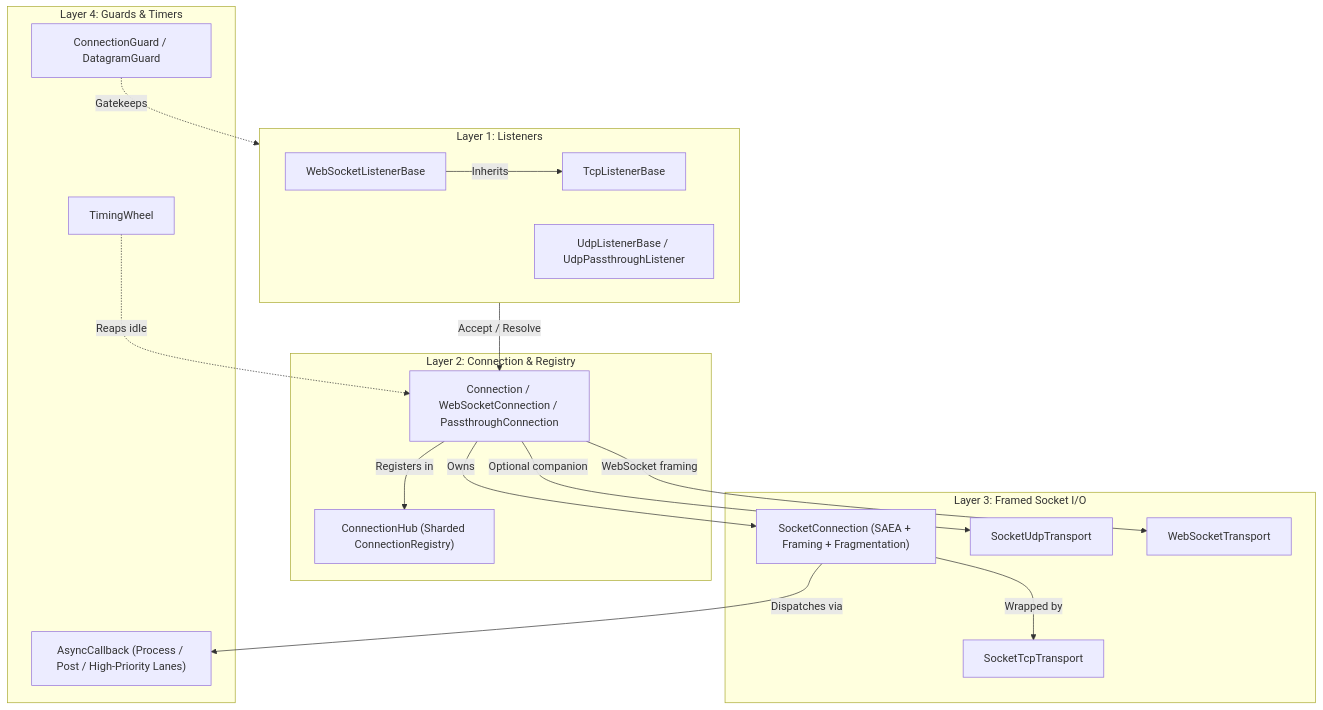
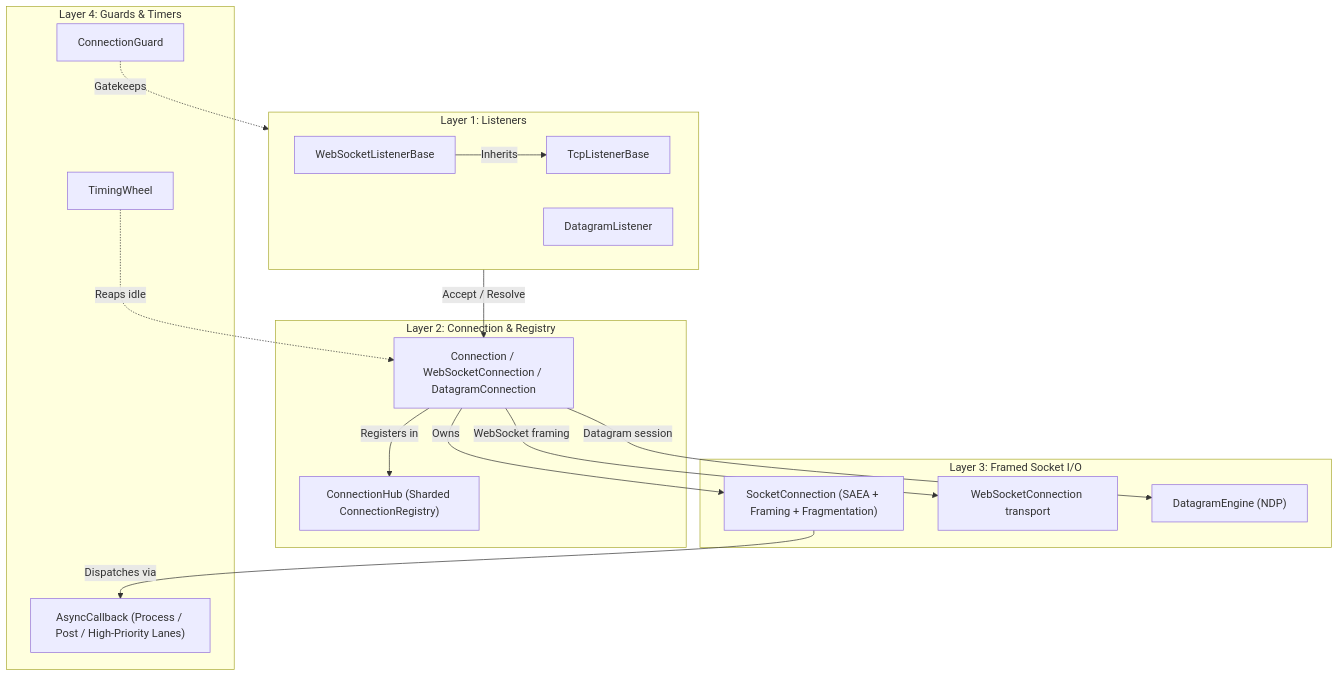
Before and after one commit to ppn-systems/nalix-docs: the diagram in src/content/docs/en-us/api/network/index.md, drawn with Mermaid. The commit also changed other lines of this file and 257 other files, not shown here.

````diff
--- a/src/content/docs/en-us/api/network/index.md
+++ b/src/content/docs/en-us/api/network/index.md
@@ -15,37 +15,35 @@
 ```mermaid
 flowchart TD
     subgraph Listeners["Layer 1: Listeners"]
         TCP["TcpListenerBase"]
-        UDP["UdpListenerBase / UdpPassthroughListener"]
+        DG["DatagramListener"]
         WS["WebSocketListenerBase"]
     end
 
     subgraph Core["Layer 2: Connection & Registry"]
-        Conn["Connection / WebSocketConnection / PassthroughConnection"]
+        Conn["Connection / WebSocketConnection / DatagramConnection"]
         Hub["ConnectionHub (Sharded ConnectionRegistry)"]
     end
 
     subgraph Transport["Layer 3: Framed Socket I/O"]
         SC["SocketConnection (SAEA + Framing + Fragmentation)"]
-        STCP["SocketTcpTransport"]
-        SUDP["SocketUdpTransport"]
-        WST["WebSocketTransport"]
+        WST["WebSocketConnection transport"]
+        DGE["DatagramEngine (NDP)"]
     end
 
     subgraph Support["Layer 4: Guards & Timers"]
         TW["TimingWheel"]
-        Lim["ConnectionGuard / DatagramGuard"]
+        Lim["ConnectionGuard"]
         AC["AsyncCallback (Process / Post / High-Priority Lanes)"]
     end
 
     WS -->|Inherits| TCP
     Listeners -->|Accept / Resolve| Conn
     Conn -->|Registers in| Hub
     Conn -->|Owns| SC
-    SC -->|Wrapped by| STCP
-    Conn -->|Optional companion| SUDP
     Conn -->|WebSocket framing| WST
+    Conn -->|Datagram session| DGE
     SC -->|Dispatches via| AC
     TW -.->|Reaps idle| Conn
     Lim -.->|Gatekeeps| Listeners
 ```
````
